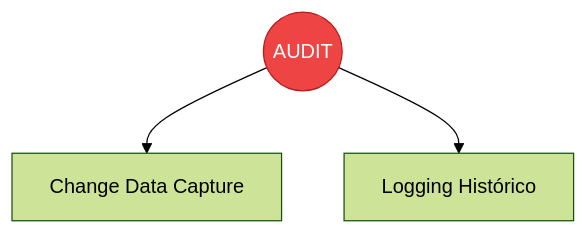
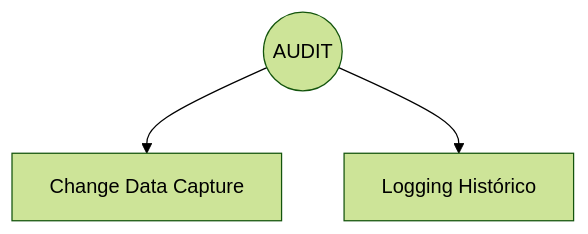
One commit to rraulherediaa/PracticasEstructurasDatos changed diagram 11 of 12 in README.md. Above: the diagram before and after it, drawn with Mermaid (forest theme). The commit also changed other lines of this file and 1 other file, not shown here.

Commit message:
fix: simplificar diagramas Mermaid al máximo para asegurar compatibilidad total

````diff
--- a/README.md
+++ b/README.md
@@ -133,8 +106,5 @@
 ```mermaid
 flowchart TD
     Sec(("AUDIT"))
     Sec --> CDC["Change Data Capture"] & Logs["Logging Histórico"]
-
-    classDef core fill:#ef4444,color:#fff,stroke:#b91c1c
-    class Sec core
 ```
````
